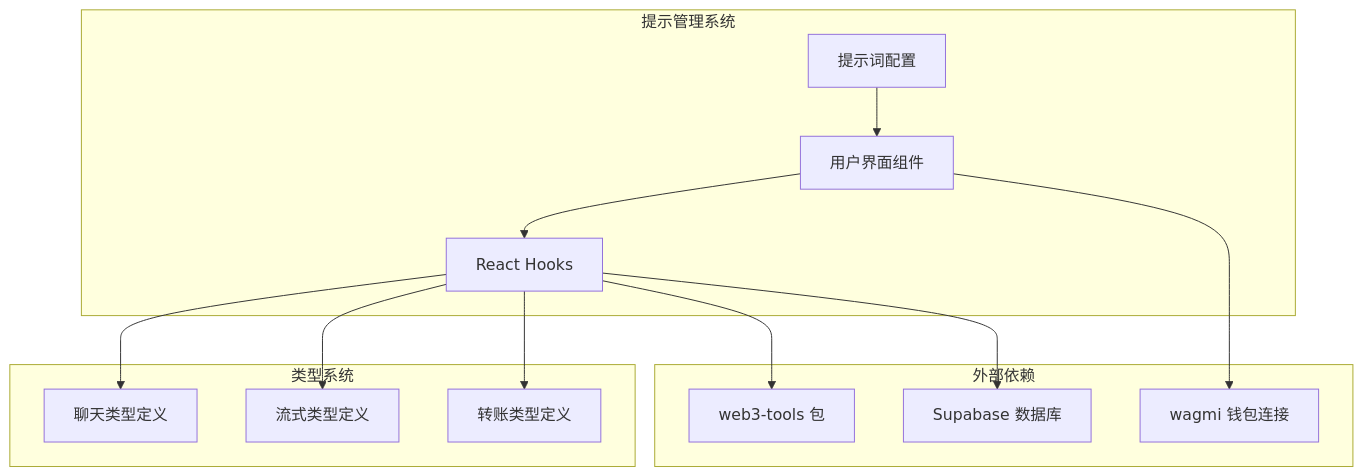
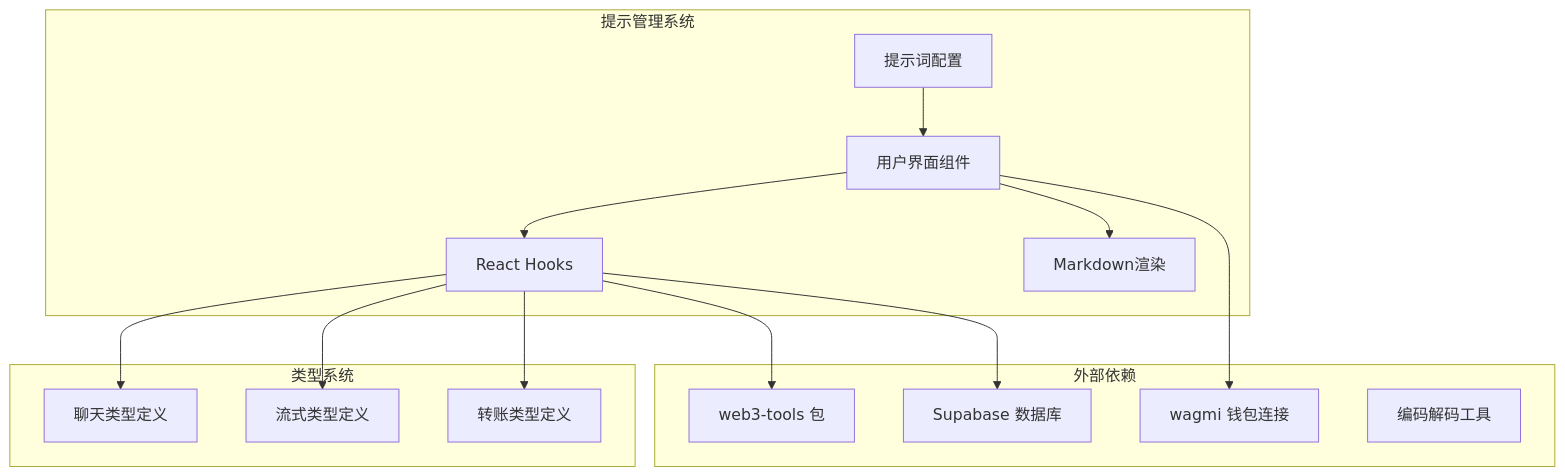
Before and after one commit to CryptoLinxu/Web3-AI-Agent: the tenth of 11 diagrams in .qoder/repowiki/zh/content/项目概述/整体架构概览/Web应用程序/提示管理系统.md, drawn with Mermaid. The commit also changed other lines of this file and 10 other files, not shown here.

````diff
--- a/.qoder/repowiki/zh/content/项目概述/整体架构概览/Web应用程序/提示管理系统.md
+++ b/.qoder/repowiki/zh/content/项目概述/整体架构概览/Web应用程序/提示管理系统.md
@@ -355,26 +410,29 @@
 ```mermaid
 graph TB
 subgraph "提示管理系统"
 Prompts[提示词配置]
 UI[用户界面组件]
 Hooks[React Hooks]
+Markdown[Markdown渲染]
 end
 subgraph "外部依赖"
 Web3Tools[web3-tools 包]
 Supabase[Supabase 数据库]
 Wagmi[wagmi 钱包连接]
+Endecode[编码解码工具]
 end
 subgraph "类型系统"
 ChatTypes[聊天类型定义]
 StreamTypes[流式类型定义]
 TransferTypes[转账类型定义]
 end
 Prompts --> UI
 UI --> Hooks
+UI --> Markdown
 Hooks --> Web3Tools
 Hooks --> Supabase
 UI --> Wagmi
 Hooks --> ChatTypes
 Hooks --> StreamTypes
 Hooks --> TransferTypes
 ```
````
